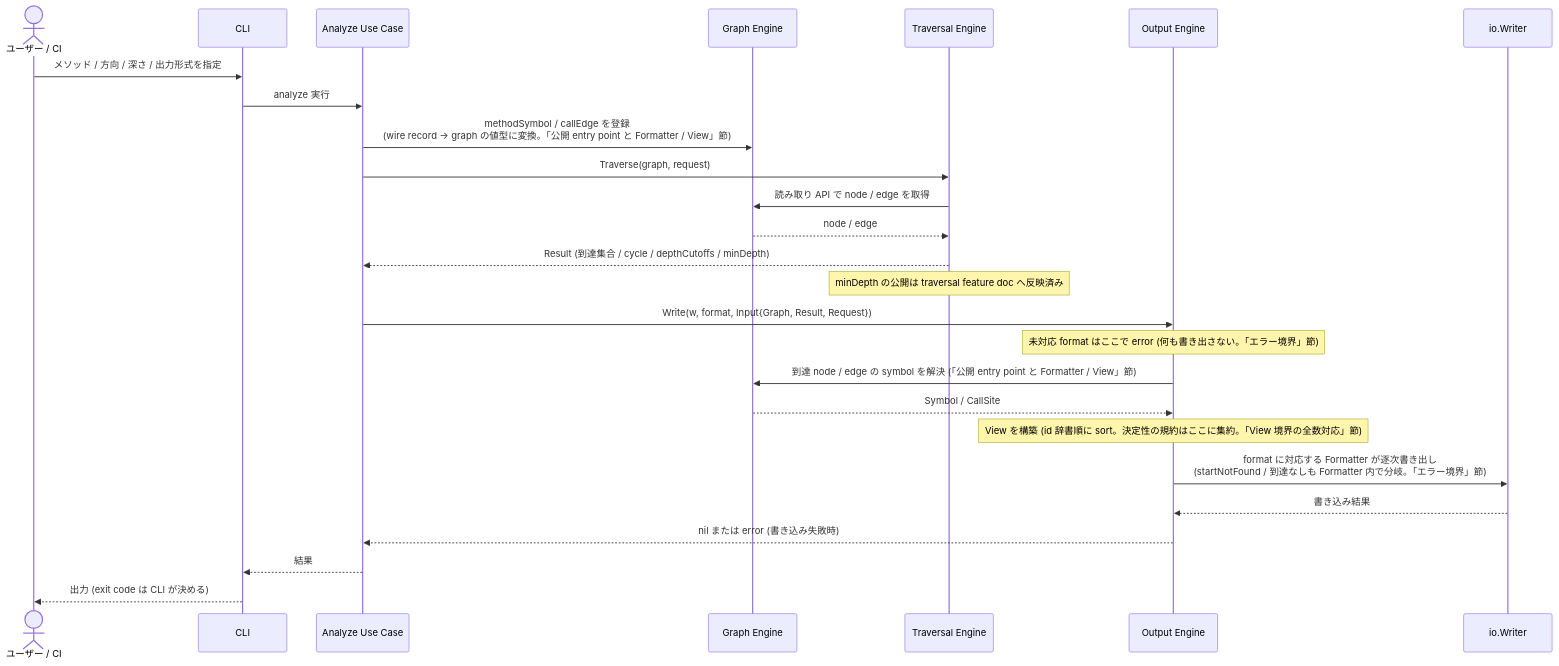
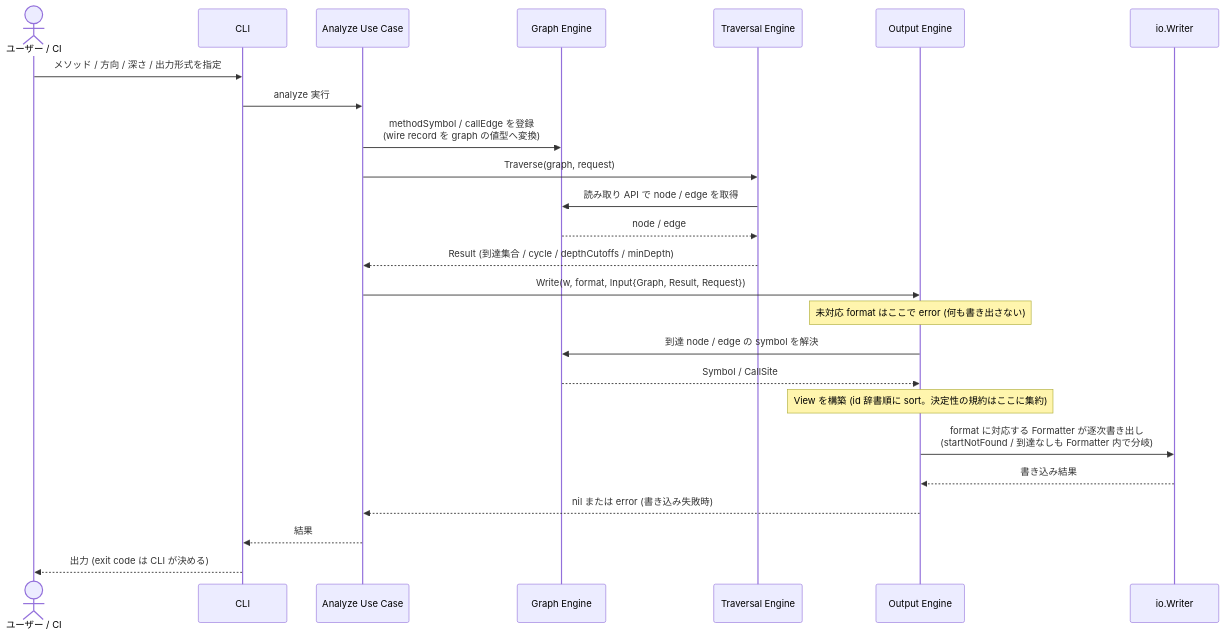
The fourth of 4 diagrams in design/features/output/DesignDoc_output.md (Fukuemon/depwalk), drawn with Mermaid before and after one commit. The commit also changed other lines of this file and 25 other files, not shown here.

First line of the commit message:
docs: 参照の規範を適用し、経緯と冗長表現を落として図を足す

````diff
--- a/design/features/output/DesignDoc_output.md
+++ b/design/features/output/DesignDoc_output.md
@@ -348,30 +359,29 @@
 ```mermaid
 sequenceDiagram
     actor User as ユーザー / CI
     participant CLI as CLI
     participant UC as Analyze Use Case
     participant Graph as Graph Engine
     participant Trv as Traversal Engine
     participant Out as Output Engine
     participant W as io.Writer
 
     User->>CLI: メソッド / 方向 / 深さ / 出力形式を指定
     CLI->>UC: analyze 実行
-    UC->>Graph: methodSymbol / callEdge を登録<br/>(wire record → graph の値型に変換。「公開 entry point と Formatter / View」節)
+    UC->>Graph: methodSymbol / callEdge を登録<br/>(wire record を graph の値型へ変換)
     UC->>Trv: Traverse(graph, request)
     Trv->>Graph: 読み取り API で node / edge を取得
     Graph-->>Trv: node / edge
     Trv-->>UC: Result (到達集合 / cycle / depthCutoffs / minDepth)
-    Note over Trv: minDepth の公開は traversal feature doc へ反映済み
 
     UC->>Out: Write(w, format, Input{Graph, Result, Request})
-    Note over Out: 未対応 format はここで error (何も書き出さない。「エラー境界」節)
-    Out->>Graph: 到達 node / edge の symbol を解決 (「公開 entry point と Formatter / View」節)
+    Note over Out: 未対応 format はここで error (何も書き出さない)
+    Out->>Graph: 到達 node / edge の symbol を解決
     Graph-->>Out: Symbol / CallSite
-    Note over Out: View を構築 (id 辞書順に sort。決定性の規約はここに集約。「View 境界の全数対応」節)
-    Out->>W: format に対応する Formatter が逐次書き出し<br/>(startNotFound / 到達なしも Formatter 内で分岐。「エラー境界」節)
+    Note over Out: View を構築 (id 辞書順に sort。決定性の規約はここに集約)
+    Out->>W: format に対応する Formatter が逐次書き出し<br/>(startNotFound / 到達なしも Formatter 内で分岐)
     W-->>Out: 書き込み結果
     Out-->>UC: nil または error (書き込み失敗時)
     UC-->>CLI: 結果
     CLI-->>User: 出力 (exit code は CLI が決める)
 ```
````
